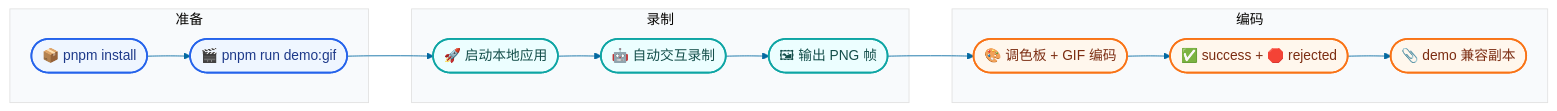
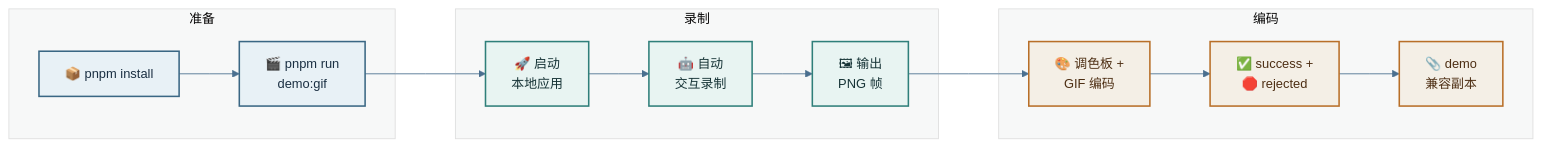
Before and after one commit to sunshineluyao/Moss-Mcp-Transaction: the sixth of 8 diagrams in README.md, drawn with Mermaid. The commit also changed other lines of this file, not shown here.

Commit message:
docs: improve mermaid readability and dark-light harmony

````diff
--- a/README.md
+++ b/README.md
@@ -531,29 +531,29 @@
 ```mermaid
-%%{init: {'theme':'base','themeVariables': {'fontFamily':'Trebuchet MS, Segoe UI, sans-serif','primaryColor':'#ecfeff','primaryBorderColor':'#0284c7','primaryTextColor':'#0f172a','lineColor':'#0369a1','secondaryColor':'#eff6ff','tertiaryColor':'#f8fafc'}}}%%
+%%{init: {'theme':'base','flowchart': {'htmlLabels': true, 'nodeSpacing': 56, 'rankSpacing': 70, 'curve': 'linear'},'themeVariables': {'fontFamily':'Trebuchet MS, Segoe UI, sans-serif','fontSize':'15px','primaryColor':'#e8f1f6','primaryBorderColor':'#3a6784','primaryTextColor':'#141f2a','lineColor':'#4a6f8f','secondaryColor':'#edf2f4','tertiaryColor':'#f7f8f8'}}}%%
 flowchart LR
   subgraph P1[准备]
-    A([📦 pnpm install]) --> B([🎬 pnpm run demo:gif])
+    A["📦 pnpm install"] --> B["🎬 pnpm run<br/>demo:gif"]
   end
 
   subgraph P2[录制]
-    C([🚀 启动本地应用]) --> D([🤖 自动交互录制])
-    D --> E([🖼 输出 PNG 帧])
+    C["🚀 启动<br/>本地应用"] --> D["🤖 自动<br/>交互录制"]
+    D --> E["🖼 输出<br/>PNG 帧"]
   end
 
   subgraph P3[编码]
-    F([🎨 调色板 + GIF 编码])
-    G([✅ success + 🛑 rejected])
-    H([📎 demo 兼容副本])
+    F["🎨 调色板 +<br/>GIF 编码"]
+    G["✅ success +<br/>🛑 rejected"]
+    H["📎 demo<br/>兼容副本"]
   end
 
   B --> C
   E --> F --> G --> H
 
-  classDef prep fill:#eff6ff,stroke:#2563eb,stroke-width:2px,color:#1e3a8a;
-  classDef capture fill:#ecfeff,stroke:#0ea5a4,stroke-width:2px,color:#134e4a;
-  classDef encode fill:#fff7ed,stroke:#f97316,stroke-width:2px,color:#7c2d12;
+  classDef prep fill:#e8f1f6,stroke:#3a6784,stroke-width:1.8px,color:#1a2f42;
+  classDef capture fill:#e8f4f2,stroke:#2f7f7a,stroke-width:1.8px,color:#163336;
+  classDef encode fill:#f4efe6,stroke:#b86f28,stroke-width:1.8px,color:#4d2e13;
 
   class A,B prep;
   class C,D,E capture;
   class F,G,H encode;
 ```
````
